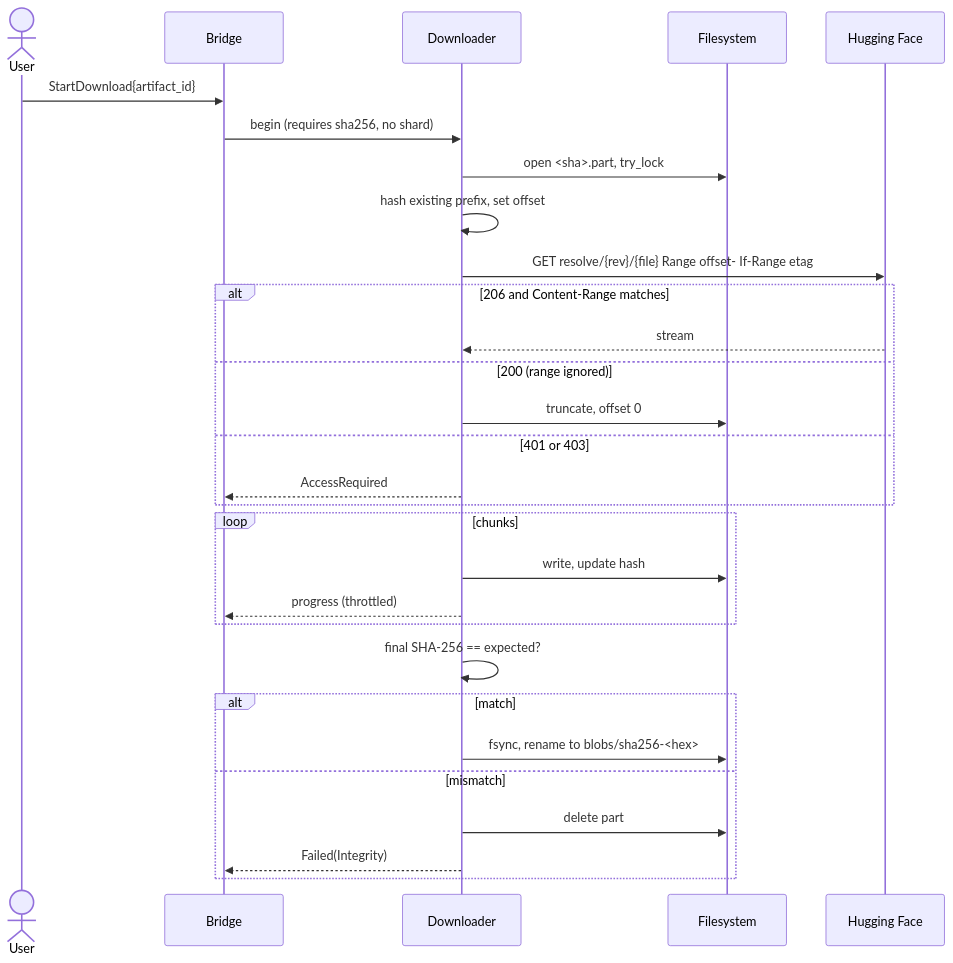
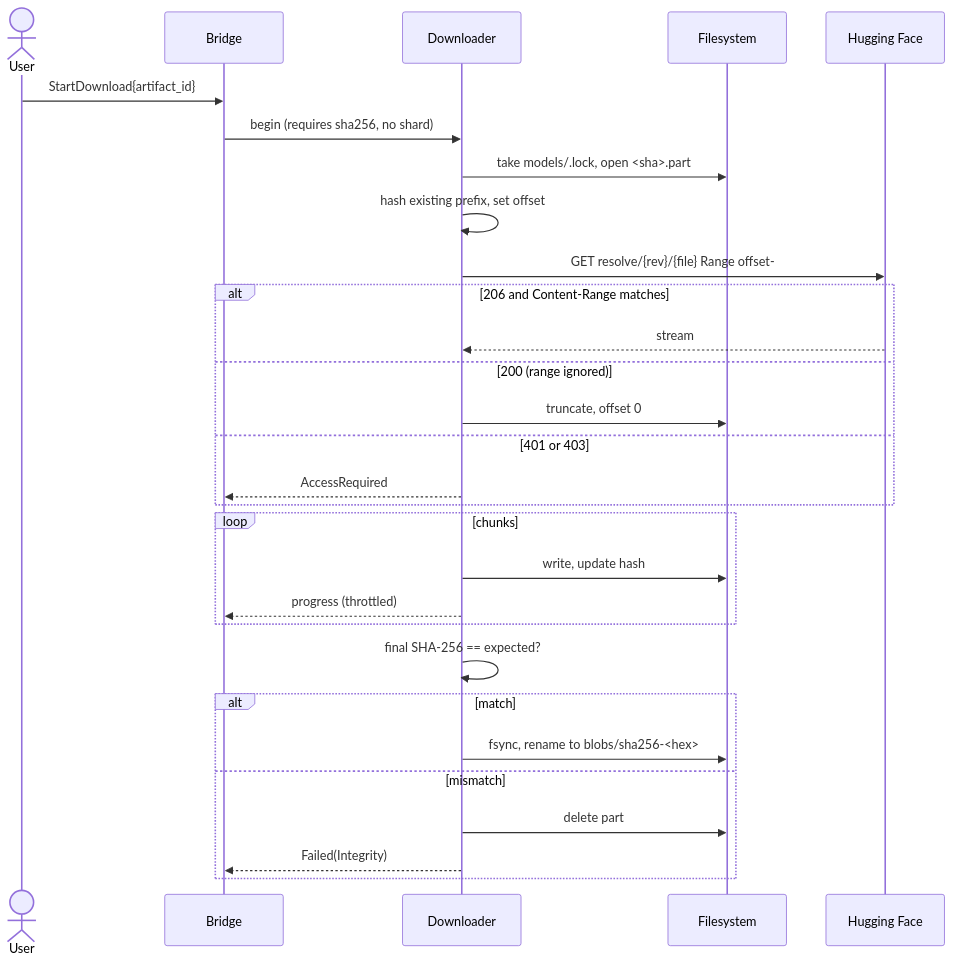
The fifth of 7 diagrams in docs/04-roadmap/m1/Diagrams.md (dexterhere/kvlm), drawn with Mermaid before and after one commit. The commit also changed other lines of this file and 2 other files, not shown here.

````diff
--- a/docs/04-roadmap/m1/Diagrams.md
+++ b/docs/04-roadmap/m1/Diagrams.md
@@ -115,31 +108,31 @@
 ```mermaid
 sequenceDiagram
     actor U as User
     participant B as Bridge
     participant D as Downloader
     participant F as Filesystem
     participant H as Hugging Face
     U->>B: StartDownload{artifact_id}
     B->>D: begin (requires sha256, no shard)
-    D->>F: open <sha>.part, try_lock
+    D->>F: take models/.lock, open <sha>.part
     D->>D: hash existing prefix, set offset
-    D->>H: GET resolve/{rev}/{file} Range offset- If-Range etag
+    D->>H: GET resolve/{rev}/{file} Range offset-
     alt 206 and Content-Range matches
         H-->>D: stream
     else 200 (range ignored)
         D->>F: truncate, offset 0
     else 401 or 403
         D-->>B: AccessRequired
     end
     loop chunks
         D->>F: write, update hash
         D-->>B: progress (throttled)
     end
     D->>D: final SHA-256 == expected?
     alt match
         D->>F: fsync, rename to blobs/sha256-<hex>
     else mismatch
         D->>F: delete part
         D-->>B: Failed(Integrity)
     end
 ```
````
